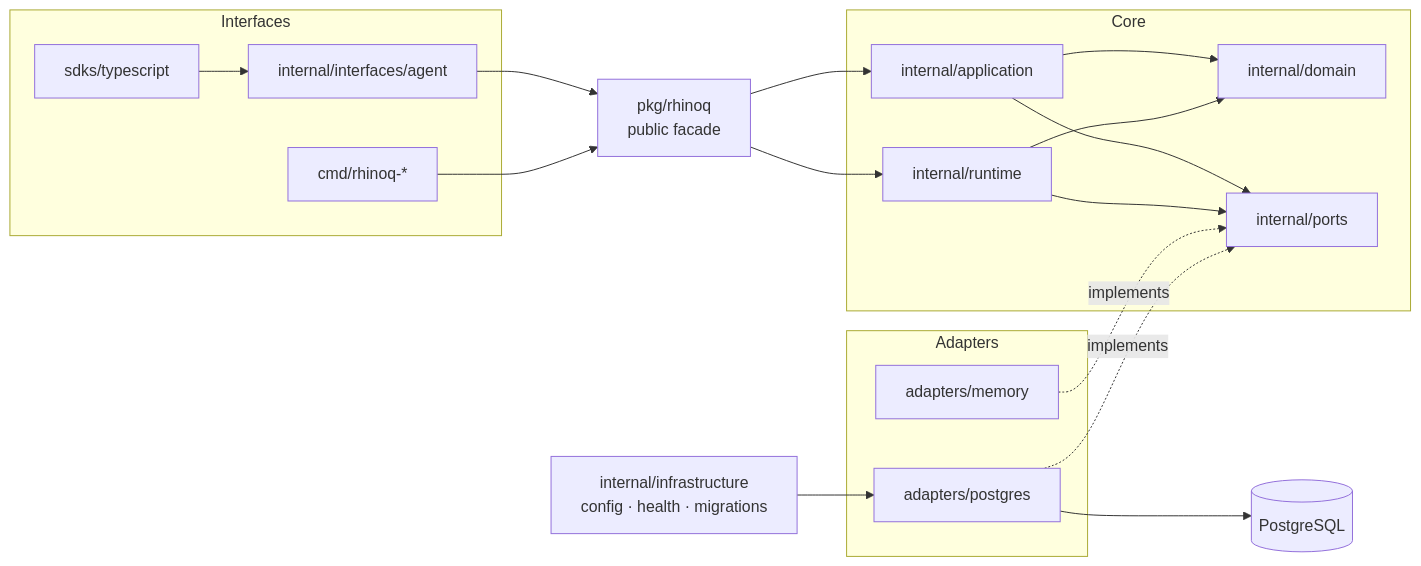
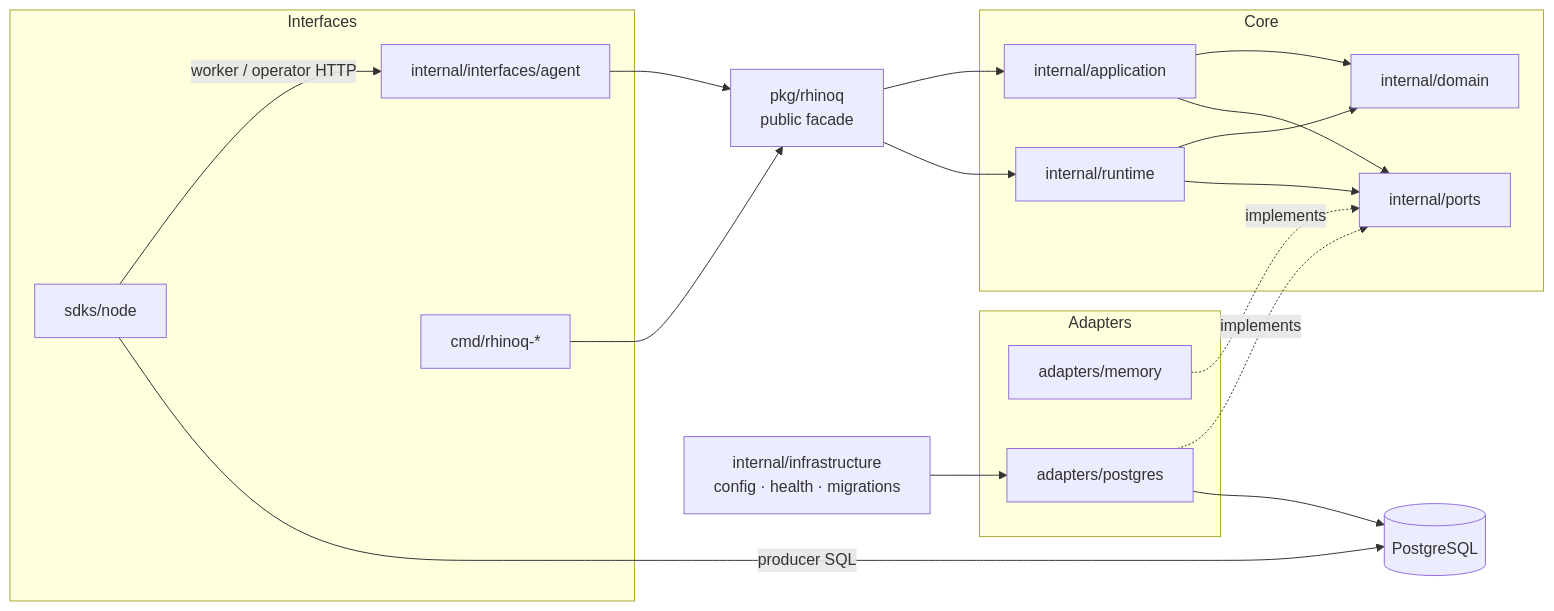
One commit to RhinoQDev/RhinoQ changed the first of 5 diagrams in docs/runtime-flows.md. Above: the diagram before and after it, drawn with Mermaid. The commit also changed 58 other files, not shown here.

````diff
--- a/docs/runtime-flows.md
+++ b/docs/runtime-flows.md
@@ -7,39 +7,40 @@
 ```mermaid
 flowchart LR
   subgraph Interfaces
     AG["internal/interfaces/agent"]
     CLI["cmd/rhinoq-*"]
-    TS["sdks/typescript"]
+    NODE["sdks/node"]
   end
 
   PUB["pkg/rhinoq<br/>public facade"]
 
   subgraph Core
     APP["internal/application"]
     RUN["internal/runtime"]
     DOM["internal/domain"]
     PORT["internal/ports"]
   end
 
   subgraph Adapters
     MEM["adapters/memory"]
     PG["adapters/postgres"]
   end
 
   INF["internal/infrastructure<br/>config · health · migrations"]
   DB[("PostgreSQL")]
 
   AG --> PUB
   CLI --> PUB
-  TS --> AG
+  NODE -->|"worker / operator HTTP"| AG
+  NODE -->|"producer SQL"| DB
   PUB --> APP
   PUB --> RUN
   APP --> DOM
   APP --> PORT
   RUN --> DOM
   RUN --> PORT
   MEM -. "implements" .-> PORT
   PG -. "implements" .-> PORT
   INF --> PG
   PG --> DB
 ```
````
